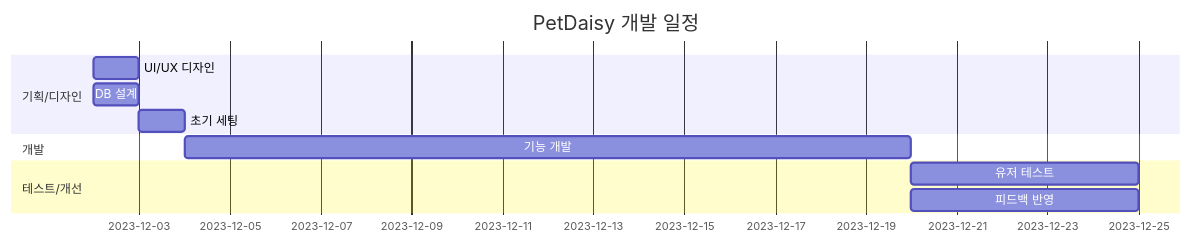
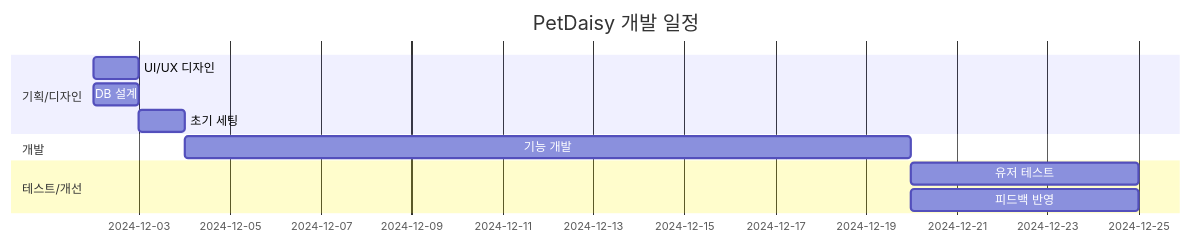
Before and after one commit to hyorimhan/PetDaisy: the diagram in README.md, drawn with Mermaid. The commit also changed other lines of this file, not shown here.

````diff
--- a/README.md
+++ b/README.md
@@ -67,17 +36,17 @@
 ```mermaid
 gantt
     dateFormat  YYYY-MM-DD
     title       PetDaisy 개발 일정
     
     section 기획/디자인
-    UI/UX 디자인    :2023-12-02, 1d
-    DB 설계        :2023-12-02, 1d
-    초기 세팅      :2023-12-03, 1d
+    UI/UX 디자인    :2024-12-02, 1d
+    DB 설계        :2024-12-02, 1d
+    초기 세팅      :2024-12-03, 1d
     
     section 개발
-    기능 개발      :2023-12-04, 16d
+    기능 개발      :2024-12-04, 16d
     
     section 테스트/개선
-    유저 테스트    :2023-12-20, 5d
-    피드백 반영    :2023-12-20, 5d
+    유저 테스트    :2024-12-20, 5d
+    피드백 반영    :2024-12-20, 5d
 ```
````
